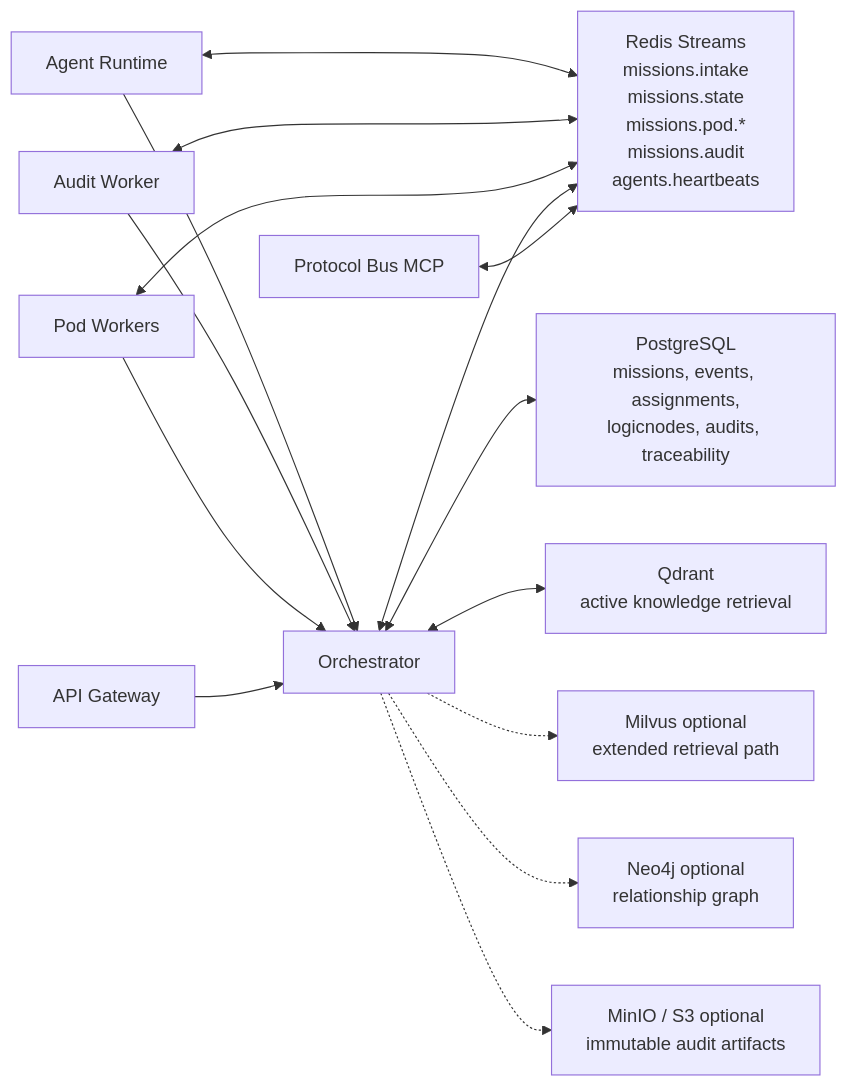
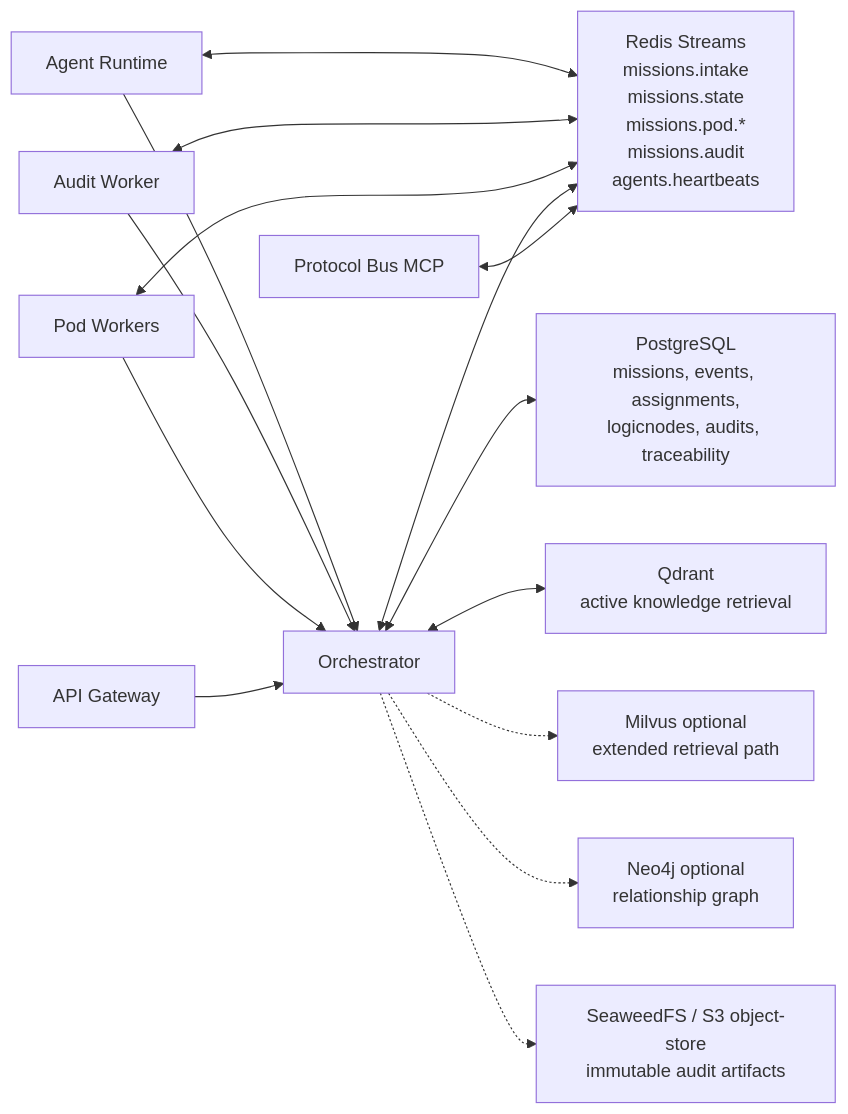
Before and after one commit to kherrera6219/theFactory: the sixth of 8 diagrams in docs/ARCHITECTURE_DIAGRAMS.md, drawn with Mermaid. The commit also changed other lines of this file and 21 other files, not shown here.

````diff
--- a/docs/ARCHITECTURE_DIAGRAMS.md
+++ b/docs/ARCHITECTURE_DIAGRAMS.md
@@ -330,31 +330,31 @@
 ```mermaid
 flowchart LR
     GW["API Gateway"]
     Orch["Orchestrator"]
     Bus["Protocol Bus MCP"]
     Pod["Pod Workers"]
     Audit["Audit Worker"]
     AgentRT["Agent Runtime"]
 
     Redis["Redis Streams\nmissions.intake\nmissions.state\nmissions.pod.*\nmissions.audit\nagents.heartbeats"]
     PG["PostgreSQL\nmissions, events, assignments,\nlogicnodes, audits, traceability"]
     Qdrant["Qdrant\nactive knowledge retrieval"]
     Milvus["Milvus optional\nextended retrieval path"]
     Neo4j["Neo4j optional\nrelationship graph"]
-    MinIO["MinIO / S3 optional\nimmutable audit artifacts"]
+    MinIO["SeaweedFS / S3 object-store\nimmutable audit artifacts"]
 
     GW --> Orch
     Bus <--> Redis
     Orch <--> Redis
     Orch <--> PG
     Orch <--> Qdrant
     Orch -.-> Milvus
     Orch -.-> Neo4j
     Orch -.-> MinIO
     Pod <--> Redis
     Pod --> Orch
     Audit <--> Redis
     Audit --> Orch
     AgentRT <--> Redis
     AgentRT --> Orch
 ```
````
